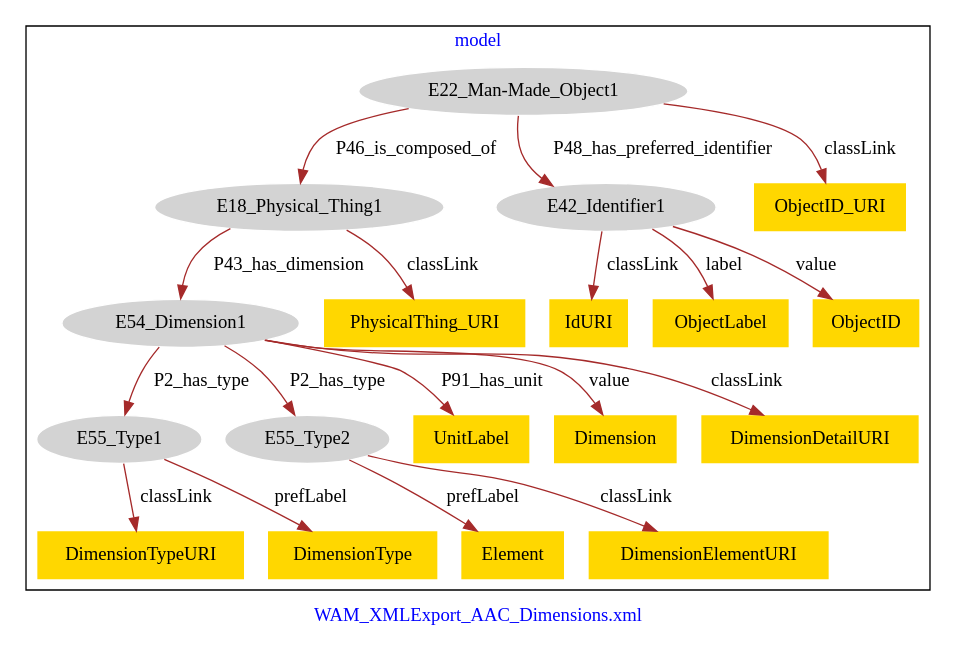
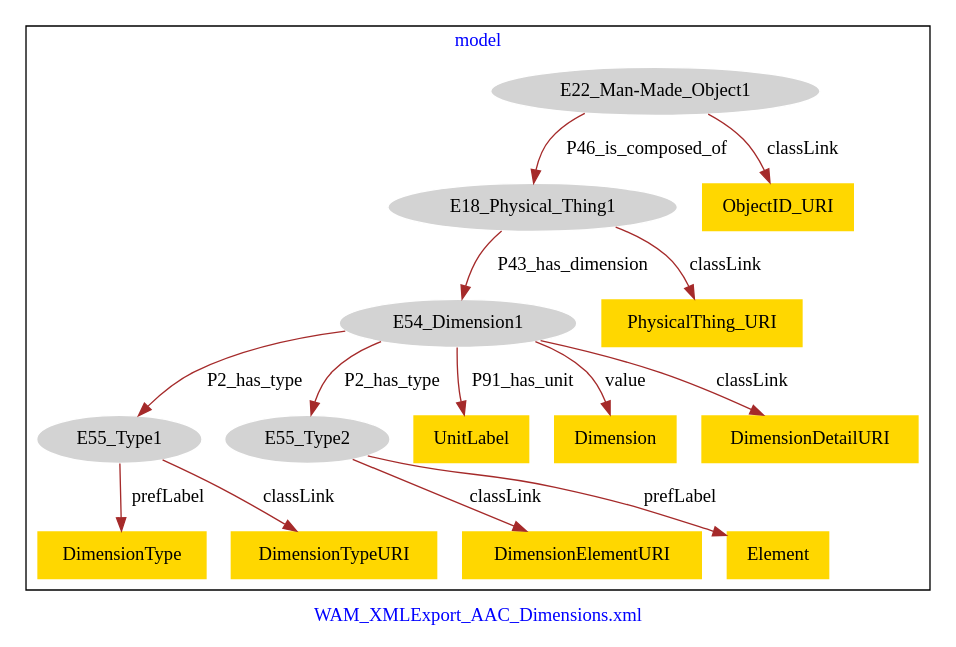
Before and after one commit to american-art/wam: the diagram in WAM_AAC_Dimensions/WAM_AAC_Dimensions-model.dot, drawn with Graphviz.

Commit message:
Update file WAM_AAC_Dimensions-model.dot

```diff
--- a/WAM_AAC_Dimensions/WAM_AAC_Dimensions-model.dot
+++ b/WAM_AAC_Dimensions/WAM_AAC_Dimensions-model.dot
@@ -1,43 +1,35 @@
 digraph n0 {
 fontcolor="blue"
 remincross="true"
 label="WAM_XMLExport_AAC_Dimensions.xml"
 subgraph cluster {
 label="model"
 n2[style="filled",color="white",fillcolor="lightgray",label="E18_Physical_Thing1"];
 n3[style="filled",color="white",fillcolor="lightgray",label="E54_Dimension1"];
 n4[style="filled",color="white",fillcolor="lightgray",label="E22_Man-Made_Object1"];
-n5[style="filled",color="white",fillcolor="lightgray",label="E42_Identifier1"];
-n6[style="filled",color="white",fillcolor="lightgray",label="E55_Type1"];
-n7[style="filled",color="white",fillcolor="lightgray",label="E55_Type2"];
-n8[shape="plaintext",style="filled",fillcolor="gold",label="IdURI"];
-n9[shape="plaintext",style="filled",fillcolor="gold",label="Element"];
-n10[shape="plaintext",style="filled",fillcolor="gold",label="DimensionTypeURI"];
-n11[shape="plaintext",style="filled",fillcolor="gold",label="UnitLabel"];
-n12[shape="plaintext",style="filled",fillcolor="gold",label="DimensionElementURI"];
-n13[shape="plaintext",style="filled",fillcolor="gold",label="Dimension"];
-n14[shape="plaintext",style="filled",fillcolor="gold",label="ObjectLabel"];
-n15[shape="plaintext",style="filled",fillcolor="gold",label="DimensionType"];
-n16[shape="plaintext",style="filled",fillcolor="gold",label="ObjectID_URI"];
-n17[shape="plaintext",style="filled",fillcolor="gold",label="DimensionDetailURI"];
-n18[shape="plaintext",style="filled",fillcolor="gold",label="ObjectID"];
-n19[shape="plaintext",style="filled",fillcolor="gold",label="PhysicalThing_URI"];
+n5[style="filled",color="white",fillcolor="lightgray",label="E55_Type1"];
+n6[style="filled",color="white",fillcolor="lightgray",label="E55_Type2"];
+n7[shape="plaintext",style="filled",fillcolor="gold",label="UnitLabel"];
+n8[shape="plaintext",style="filled",fillcolor="gold",label="Dimension"];
+n9[shape="plaintext",style="filled",fillcolor="gold",label="DimensionElementURI"];
+n10[shape="plaintext",style="filled",fillcolor="gold",label="Element"];
+n11[shape="plaintext",style="filled",fillcolor="gold",label="DimensionType"];
+n12[shape="plaintext",style="filled",fillcolor="gold",label="DimensionTypeURI"];
+n13[shape="plaintext",style="filled",fillcolor="gold",label="PhysicalThing_URI"];
+n14[shape="plaintext",style="filled",fillcolor="gold",label="ObjectID_URI"];
+n15[shape="plaintext",style="filled",fillcolor="gold",label="DimensionDetailURI"];
 }
 n2 -> n3[color="brown",fontcolor="black",label="P43_has_dimension"]
 n4 -> n2[color="brown",fontcolor="black",label="P46_is_composed_of"]
-n4 -> n5[color="brown",fontcolor="black",label="P48_has_preferred_identifier"]
+n3 -> n5[color="brown",fontcolor="black",label="P2_has_type"]
 n3 -> n6[color="brown",fontcolor="black",label="P2_has_type"]
-n3 -> n7[color="brown",fontcolor="black",label="P2_has_type"]
-n5 -> n8[color="brown",fontcolor="black",label="classLink"]
-n7 -> n9[color="brown",fontcolor="black",label="prefLabel"]
-n6 -> n10[color="brown",fontcolor="black",label="classLink"]
-n3 -> n11[color="brown",fontcolor="black",label="P91_has_unit"]
-n7 -> n12[color="brown",fontcolor="black",label="classLink"]
-n3 -> n13[color="brown",fontcolor="black",label="value"]
-n5 -> n14[color="brown",fontcolor="black",label="label"]
-n6 -> n15[color="brown",fontcolor="black",label="prefLabel"]
-n4 -> n16[color="brown",fontcolor="black",label="classLink"]
-n3 -> n17[color="brown",fontcolor="black",label="classLink"]
-n5 -> n18[color="brown",fontcolor="black",label="value"]
-n2 -> n19[color="brown",fontcolor="black",label="classLink"]
+n3 -> n7[color="brown",fontcolor="black",label="P91_has_unit"]
+n3 -> n8[color="brown",fontcolor="black",label="value"]
+n6 -> n9[color="brown",fontcolor="black",label="classLink"]
+n6 -> n10[color="brown",fontcolor="black",label="prefLabel"]
+n5 -> n11[color="brown",fontcolor="black",label="prefLabel"]
+n5 -> n12[color="brown",fontcolor="black",label="classLink"]
+n2 -> n13[color="brown",fontcolor="black",label="classLink"]
+n4 -> n14[color="brown",fontcolor="black",label="classLink"]
+n3 -> n15[color="brown",fontcolor="black",label="classLink"]
 }
```
